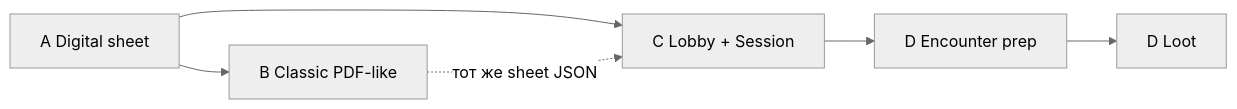
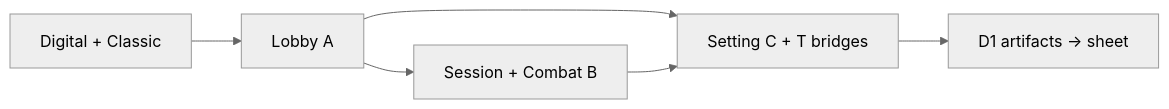
One commit to igorpogulaev485-code/Dvarf changed the second of 2 diagrams in README.md. Above: the diagram before and after it, drawn with Mermaid (neutral theme). The commit also changed other lines of this file and 4 other files, not shown here.

````diff
--- a/README.md
+++ b/README.md
@@ -150,8 +116,8 @@
 ```mermaid
 flowchart LR
-  A[A Digital sheet] --> B[B Classic PDF-like]
-  A --> C[C Lobby + Session]
-  B -.->|тот же sheet JSON| C
-  C --> D1[D Encounter prep]
-  D1 --> D2[D Loot]
+  Sheet[Digital + Classic] --> Lobby[Lobby A]
+  Lobby --> Session[Session + Combat B]
+  Lobby --> Setting[Setting C + T bridges]
+  Session --> Setting
+  Setting --> Artifacts[D1 artifacts → sheet]
 ```
````
